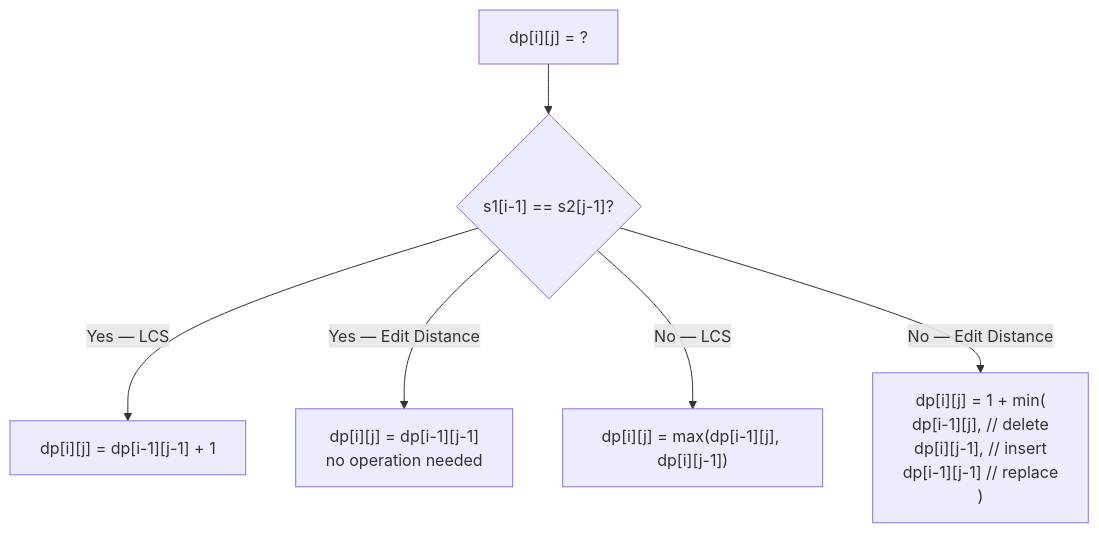
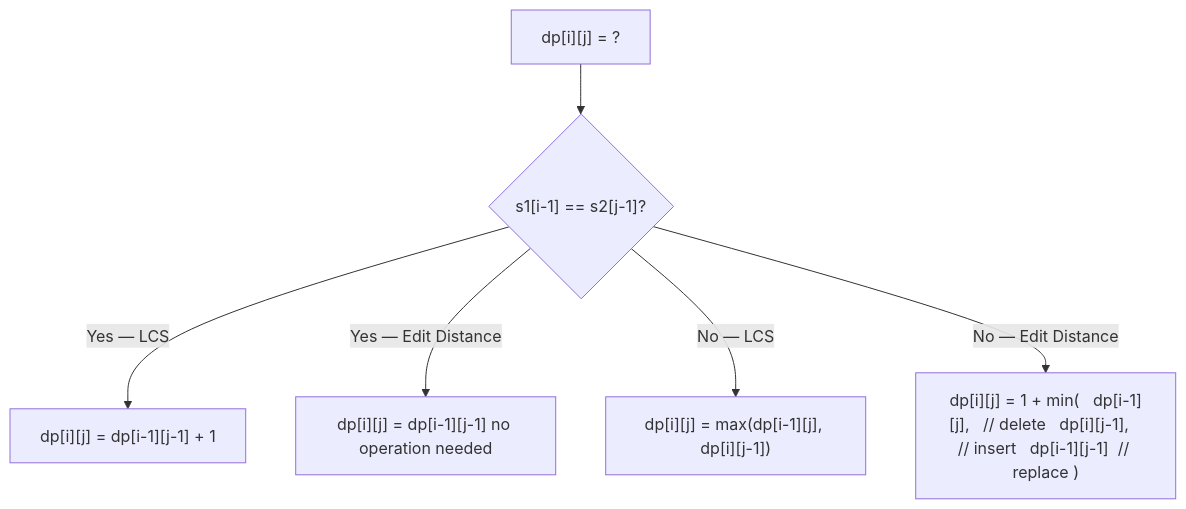
Before and after one commit to deepanshu-rawat6/AlgoAtlas: the fourth of 6 diagrams in 2d_dp/README.md, drawn with Mermaid. The commit also changed other lines of this file and 13 other files, not shown here.

````diff
--- a/2d_dp/README.md
+++ b/2d_dp/README.md
@@ -83,8 +83,8 @@
 ```mermaid
 flowchart TD
     A["dp[i][j] = ?"] --> B{"s1[i-1] == s2[j-1]?"}
     B -->|Yes — LCS| C["dp[i][j] = dp[i-1][j-1] + 1"]
-    B -->|Yes — Edit Distance| D["dp[i][j] = dp[i-1][j-1]<br>no operation needed"]
+    B -->|Yes — Edit Distance| D["dp[i][j] = dp[i-1][j-1] no operation needed"]
     B -->|No — LCS| E["dp[i][j] = max(dp[i-1][j], dp[i][j-1])"]
-    B -->|No — Edit Distance| F["dp[i][j] = 1 + min(<br>  dp[i-1][j],   // delete<br>  dp[i][j-1],   // insert<br>  dp[i-1][j-1]  // replace<br>)"]
+    B -->|No — Edit Distance| F["dp[i][j] = 1 + min(   dp[i-1][j],   // delete   dp[i][j-1],   // insert   dp[i-1][j-1]  // replace )"]
 ```
````
